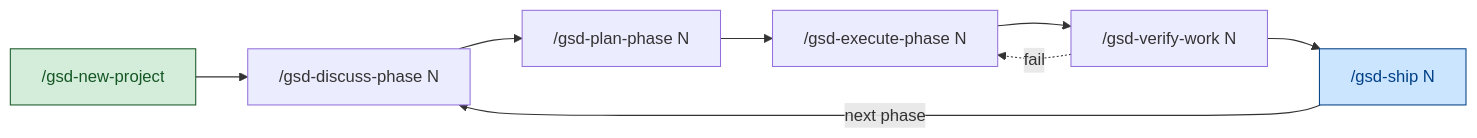
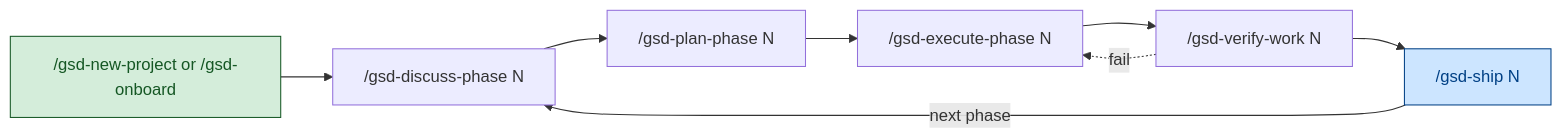
One commit to lossless-group/lossless-ai-labs changed the first of 2 diagrams in splash/src/rollup/context-v/studies/open-specs-and-standards/profiles/Profile__GSD.md. Above: the diagram before and after it, drawn with Mermaid. The commit also changed other lines of this file and 165 other files, not shown here.

````diff
--- a/splash/src/rollup/context-v/studies/open-specs-and-standards/profiles/Profile__GSD.md
+++ b/splash/src/rollup/context-v/studies/open-specs-and-standards/profiles/Profile__GSD.md
@@ -108,15 +111,15 @@
 ```mermaid
 flowchart LR
-    Init["/gsd-new-project"] --> D["/gsd-discuss-phase N"]
+    Init["/gsd-new-project or /gsd-onboard"] --> D["/gsd-discuss-phase N"]
     D --> P["/gsd-plan-phase N"]
     P --> E["/gsd-execute-phase N"]
     E --> V["/gsd-verify-work N"]
     V --> S["/gsd-ship N"]
     S -->|next phase| D
     V -.->|fail| E
 
     classDef start fill:#d4edda,stroke:#155724,color:#155724
     classDef done fill:#cce5ff,stroke:#004085,color:#004085
     class Init start
     class S done
 ```
````
